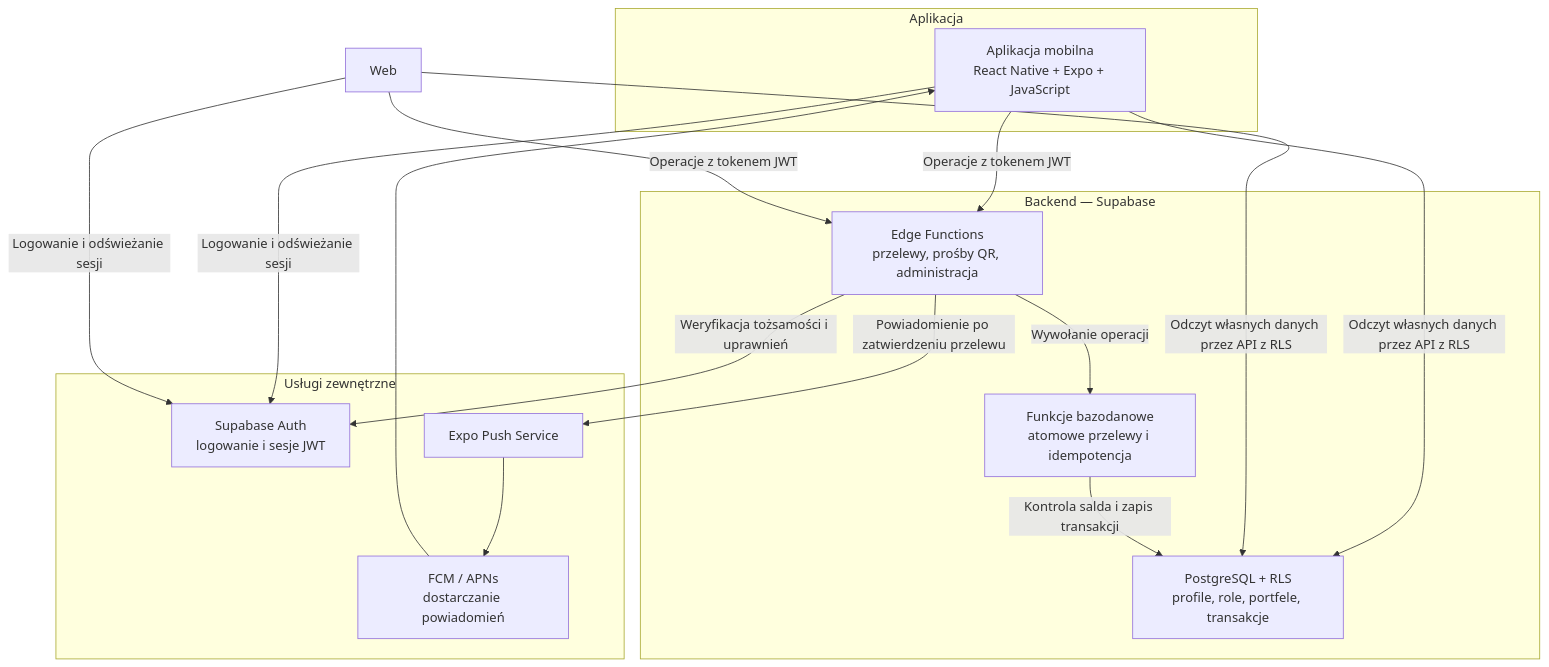
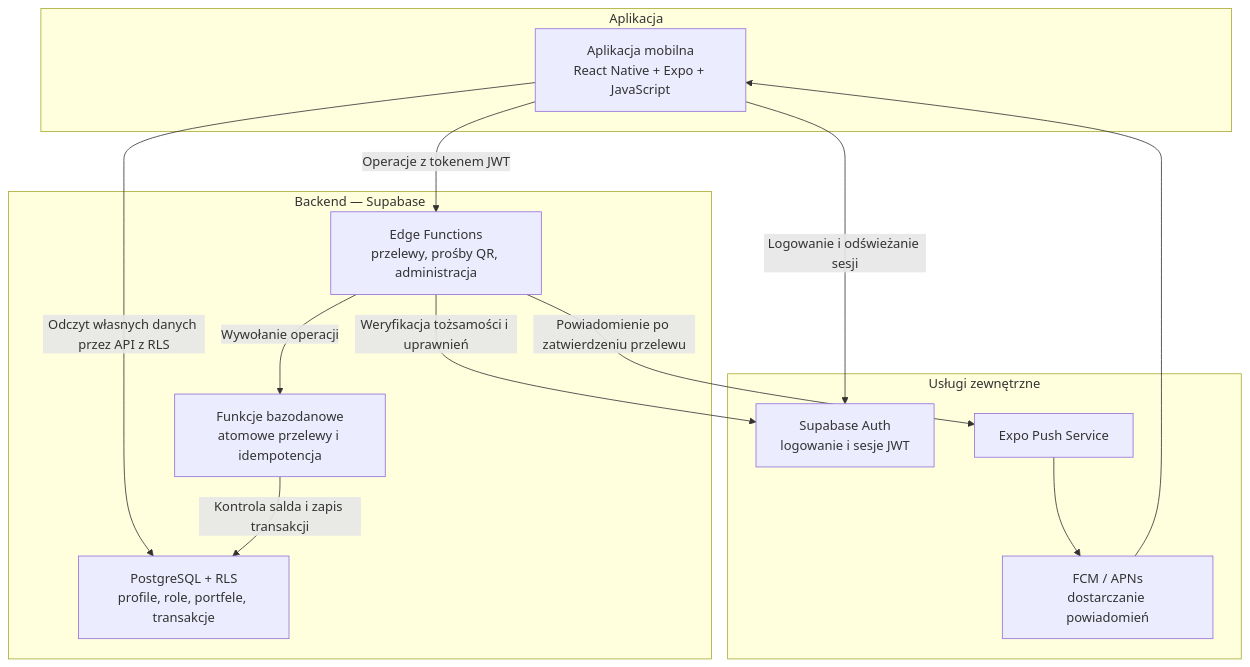
Before and after one commit to WilczynskiMikolaj/p2p-wallet-mobile-app: the diagram in architektura.md, drawn with Mermaid.

Commit message:
Fix - architektura md 3

````diff
--- a/architektura.md
+++ b/architektura.md
@@ -2,35 +2,32 @@
 ```mermaid
 flowchart TD
     subgraph Clients["Aplikacja"]
         Mobile["Aplikacja mobilna<br>React Native + Expo + JavaScript"]
     end
 
     subgraph Backend["Backend — Supabase"]
         API["Edge Functions<br>przelewy, prośby QR, administracja"]
         DB["PostgreSQL + RLS<br>profile, role, portfele, transakcje"]
         Functions["Funkcje bazodanowe<br>atomowe przelewy i idempotencja"]
     end
 
     subgraph Services["Usługi zewnętrzne"]
         Auth["Supabase Auth<br>logowanie i sesje JWT"]
         Push["Expo Push Service"]
         Delivery["FCM / APNs<br>dostarczanie powiadomień"]
     end
 
     Mobile -->|"Logowanie i odświeżanie sesji"| Auth
-    Web -->|"Logowanie i odświeżanie sesji"| Auth
 
     Mobile -->|"Operacje z tokenem JWT"| API
-    Web -->|"Operacje z tokenem JWT"| API
 
     Mobile -->|"Odczyt własnych danych przez API z RLS"| DB
-    Web -->|"Odczyt własnych danych przez API z RLS"| DB
 
     API -->|"Weryfikacja tożsamości i uprawnień"| Auth
     API -->|"Wywołanie operacji"| Functions
     Functions -->|"Kontrola salda i zapis transakcji"| DB
 
     API -->|"Powiadomienie po zatwierdzeniu przelewu"| Push
     Push --> Delivery
     Delivery --> Mobile
 ```
````
